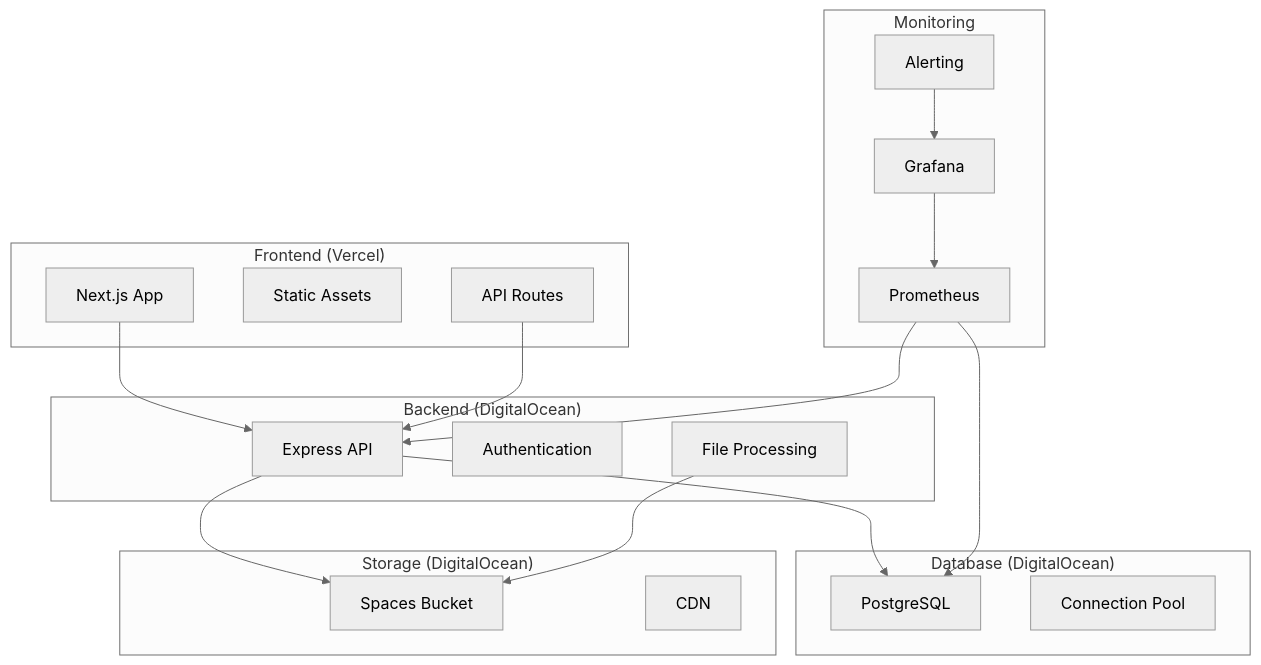
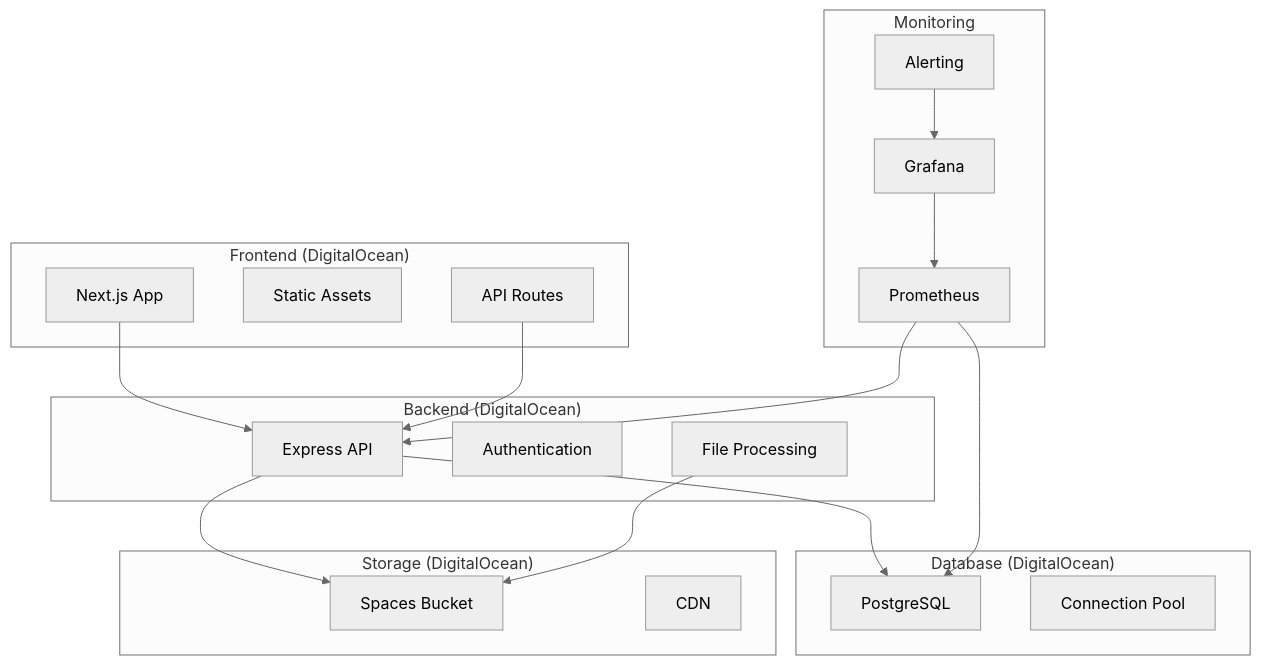
One commit to rafaelminatto1/fisioflow-aistudio changed the diagram in README.md. Above: the diagram before and after it, drawn with Mermaid (neutral theme). The commit also changed other lines of this file and 25 other files, not shown here.

First line of the commit message:
feat: Remove Vercel configs, fix TypeScript errors, and prepare for DigitalOcean deployment

````diff
--- a/README.md
+++ b/README.md
@@ -111,40 +110,40 @@
 ```mermaid
 graph TB
-    subgraph "Frontend (Vercel)"
+    subgraph "Frontend (DigitalOcean)"
         A[Next.js App]
         B[Static Assets]
         C[API Routes]
     end
     
     subgraph "Backend (DigitalOcean)"
         D[Express API]
         E[Authentication]
         F[File Processing]
     end
     
     subgraph "Database (DigitalOcean)"
         G[PostgreSQL]
         H[Connection Pool]
     end
     
     subgraph "Storage (DigitalOcean)"
         I[Spaces Bucket]
         J[CDN]
     end
     
     subgraph "Monitoring"
         K[Prometheus]
         L[Grafana]
         M[Alerting]
     end
     
     A --> D
     C --> D
     D --> G
     D --> I
     F --> I
     K --> D
     K --> G
     L --> K
     M --> L
 ```
````
